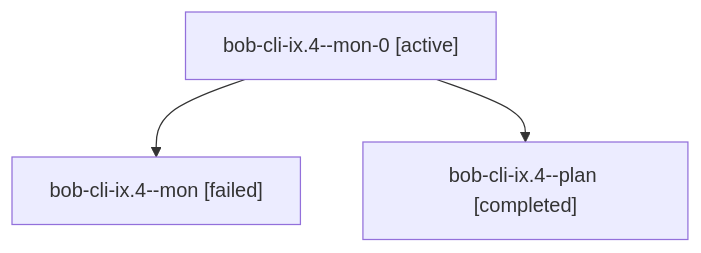
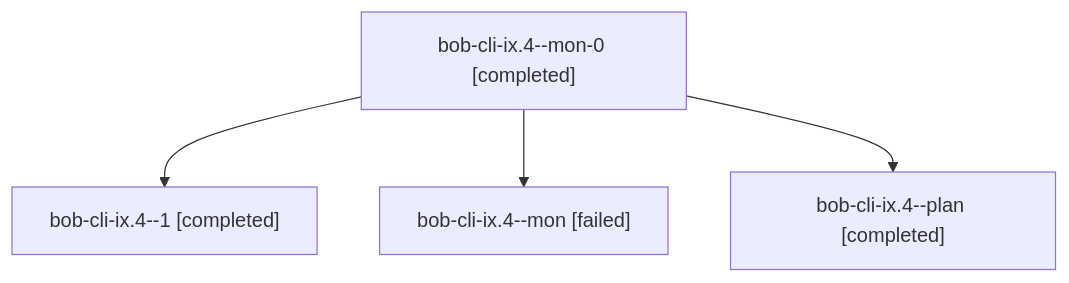
One commit to bobs-org/bob-cli--agents changed the diagram in sessions/bbugyi200.apollo.bob-cli-ix.4.md. Above: the diagram before and after it, drawn with Mermaid. The commit also changed other lines of this file and 32 other files, not shown here.

````diff
--- a/sessions/bbugyi200.apollo.bob-cli-ix.4.md
+++ b/sessions/bbugyi200.apollo.bob-cli-ix.4.md
@@ -9,8 +9,10 @@
 ```mermaid
 flowchart TD
-  n0["bob-cli-ix.4--mon-0 [active]"]
-  n1["bob-cli-ix.4--mon [failed]"]
+  n0["bob-cli-ix.4--mon-0 [completed]"]
+  n1["bob-cli-ix.4--1 [completed]"]
   n0 --> n1
-  n2["bob-cli-ix.4--plan [completed]"]
+  n2["bob-cli-ix.4--mon [failed]"]
   n0 --> n2
+  n3["bob-cli-ix.4--plan [completed]"]
+  n0 --> n3
 ```
````
